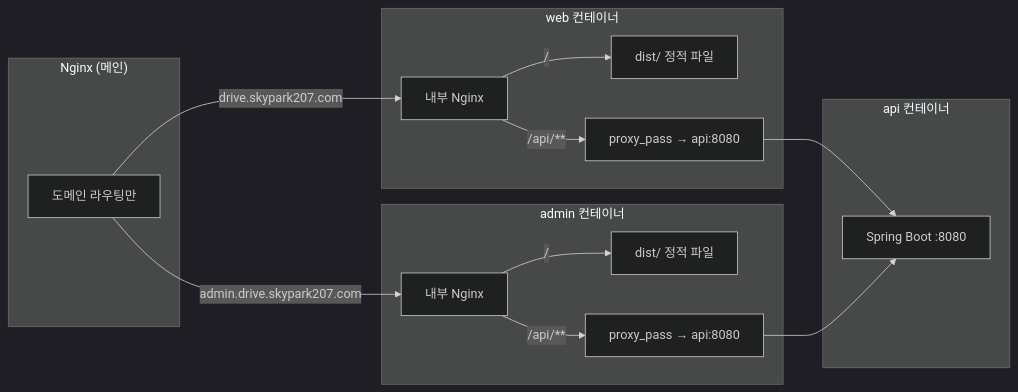
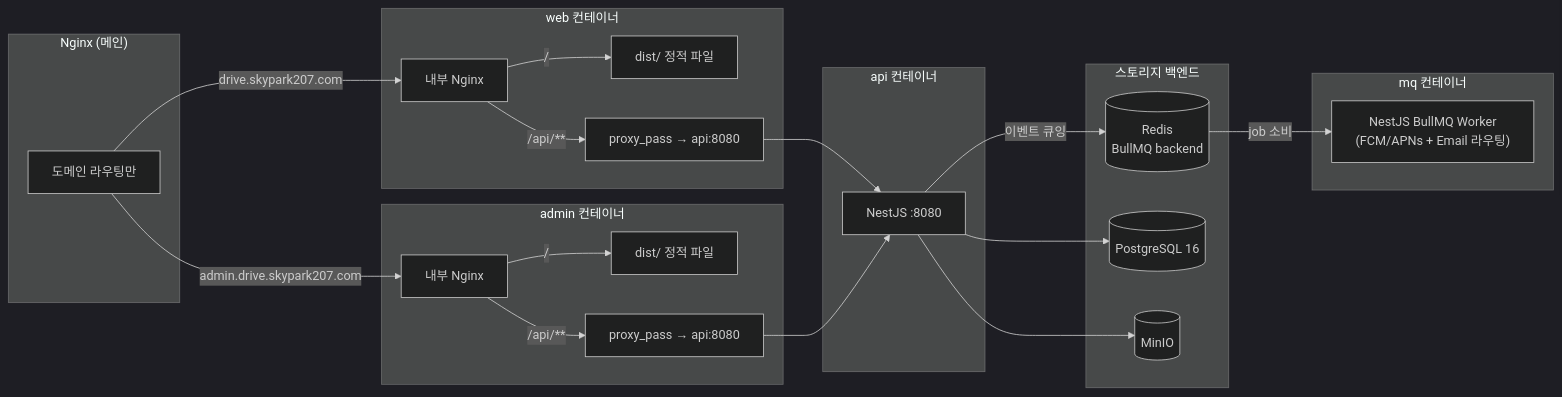
One commit to idenn207/terab changed the second of 7 diagrams in docs/planning/architecture.md. Above: the diagram before and after it, drawn with Mermaid (dark theme). The commit also changed other lines of this file and 6 other files, not shown here.

First line of the commit message:
docs(arch): 아키텍처 다이어그램 재설계 + ADR 신설 (워크스트림 5)

````diff
--- a/docs/planning/architecture.md
+++ b/docs/planning/architecture.md
@@ -95,29 +109,43 @@
 ```mermaid
 graph LR
     subgraph MainNginx["Nginx (메인)"]
         MN["도메인 라우팅만"]
     end
 
     subgraph WebContainer["web 컨테이너"]
         WN["내부 Nginx"]
         Static["dist/ 정적 파일"]
         WN -->|"/"| Static
         WN -->|"/api/**"| ApiProxy["proxy_pass → api:8080"]
     end
 
     subgraph AdminContainer["admin 컨테이너"]
         AN["내부 Nginx"]
         AStatic["dist/ 정적 파일"]
         AN -->|"/"| AStatic
         AN -->|"/api/**"| AApiProxy["proxy_pass → api:8080"]
     end
 
     subgraph ApiContainer["api 컨테이너"]
-        Spring["Spring Boot :8080"]
+        Api["NestJS :8080"]
+    end
+
+    subgraph MqContainer["mq 컨테이너"]
+        MqWorker["NestJS BullMQ Worker<br/>(FCM/APNs + Email 라우팅)"]
+    end
+
+    subgraph StorageGroup["스토리지 백엔드"]
+        RedisDB[(Redis<br/>BullMQ backend)]
+        Postgres[(PostgreSQL 16)]
+        Minio[(MinIO)]
     end
 
     MN -->|"drive.skypark207.com"| WN
     MN -->|"admin.drive.skypark207.com"| AN
-    ApiProxy --> Spring
-    AApiProxy --> Spring
+    ApiProxy --> Api
+    AApiProxy --> Api
+    Api --> Postgres
+    Api --> Minio
+    Api -->|"이벤트 큐잉"| RedisDB
+    RedisDB -->|"job 소비"| MqWorker
 ```
````
